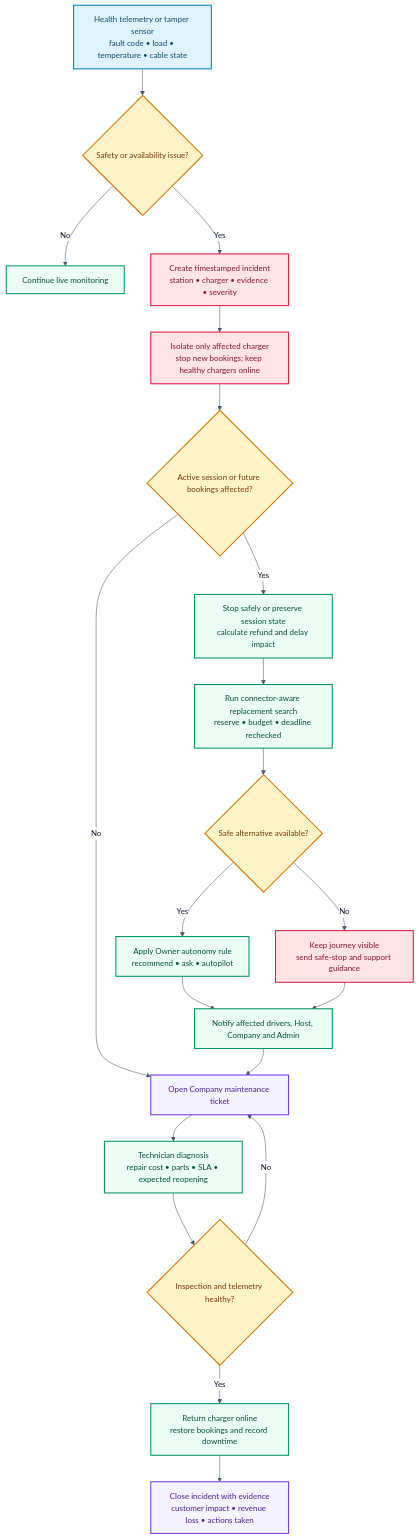
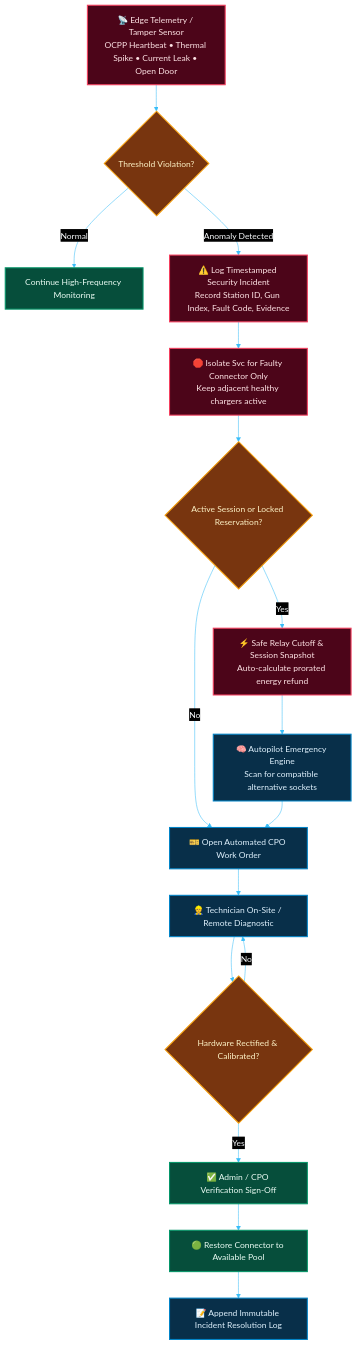
The seventh of 10 diagrams in README.md (cs1m2414238/vidyutEV-1.0), drawn with Mermaid before and after one commit. The commit also changed other lines of this file, not shown here.

````diff
--- a/README.md
+++ b/README.md
@@ -407,34 +579,46 @@
 ```mermaid
-%%{init: {"theme":"base","themeVariables":{"background":"#ffffff","fontFamily":"Inter, ui-sans-serif, system-ui, sans-serif","fontSize":"15px","primaryColor":"#ecfdf5","primaryTextColor":"#0f172a","primaryBorderColor":"#059669","lineColor":"#475569","secondaryColor":"#e0f2fe","tertiaryColor":"#f5f3ff","clusterBkg":"#f8fafc","clusterBorder":"#cbd5e1","edgeLabelBackground":"#ffffff"}}}%%
+%%{init: {
+  "theme": "base",
+  "themeVariables": {
+    "darkMode": true,
+    "background": "#0b0f19",
+    "primaryColor": "#111827",
+    "primaryTextColor": "#f8fafc",
+    "primaryBorderColor": "#0ea5e9",
+    "lineColor": "#38bdf8",
+    "fontFamily": "Inter, sans-serif"
+  }
+}}%%
 flowchart TD
-    SIGNAL["Health telemetry or tamper sensor<br/>fault code • load • temperature • cable state"] --> DETECT{"Safety or availability issue?"}
-    DETECT -->|No| MONITOR["Continue live monitoring"]
-    DETECT -->|Yes| INCIDENT["Create timestamped incident<br/>station • charger • evidence • severity"]
-    INCIDENT --> ISOLATE["Isolate only affected charger<br/>stop new bookings; keep healthy chargers online"]
-    ISOLATE --> ACTIVE{"Active session or future bookings affected?"}
-    ACTIVE -->|Yes| PROTECT["Stop safely or preserve session state<br/>calculate refund and delay impact"]
-    ACTIVE -->|No| TICKET["Open Company maintenance ticket"]
-    PROTECT --> REROUTE["Run connector-aware replacement search<br/>reserve • budget • deadline rechecked"]
-    REROUTE --> ALTERNATIVE{"Safe alternative available?"}
-    ALTERNATIVE -->|Yes| MODE["Apply Owner autonomy rule<br/>recommend • ask • autopilot"]
-    ALTERNATIVE -->|No| ASSIST["Keep journey visible<br/>send safe-stop and support guidance"]
-    MODE --> NOTIFY["Notify affected drivers, Host, Company and Admin"]
-    ASSIST --> NOTIFY
-    NOTIFY --> TICKET
-    TICKET --> REPAIR["Technician diagnosis<br/>repair cost • parts • SLA • expected reopening"]
-    REPAIR --> VERIFY{"Inspection and telemetry healthy?"}
-    VERIFY -->|No| TICKET
-    VERIFY -->|Yes| RESTORE["Return charger online<br/>restore bookings and record downtime"]
-    RESTORE --> AUDIT["Close incident with evidence<br/>customer impact • revenue loss • actions taken"]
+    SENSOR["📡 Edge Telemetry / Tamper Sensor<br/>OCPP Heartbeat • Thermal Spike • Current Leak • Open Door"] --> EVAL{"Threshold Violation?"}
+    
+    EVAL -->|Normal| CONT["Continue High-Frequency Monitoring"]
+    EVAL -->|Anomaly Detected| INCIDENT["⚠️ Log Timestamped Security Incident<br/>Record Station ID, Gun Index, Fault Code, Evidence"]
+    
+    INCIDENT --> ISOLATE["🛑 Isolate Svc for Faulty Connector Only<br/>Keep adjacent healthy chargers active"]
+    
+    ISOLATE --> CHECK_ACTIVE{"Active Session or Locked Reservation?"}
+    CHECK_ACTIVE -->|Yes| SAFE_SHUT["⚡ Safe Relay Cutoff & Session Snapshot<br/>Auto-calculate prorated energy refund"]
+    CHECK_ACTIVE -->|No| DISPATCH_TICKET["🎫 Open Automated CPO Work Order"]
+    
+    SAFE_SHUT --> DISPATCH_REROUTE["🧠 Autopilot Emergency Engine<br/>Scan for compatible alternative sockets"]
+    DISPATCH_REROUTE --> DISPATCH_TICKET
+    
+    DISPATCH_TICKET --> TECH_DISPATCH["👷 Technician On-Site / Remote Diagnostic"]
+    TECH_DISPATCH --> DIAG_CHECK{"Hardware Rectified & Calibrated?"}
+    
+    DIAG_CHECK -->|No| TECH_DISPATCH
+    DIAG_CHECK -->|Yes| RE_CERT["✅ Admin / CPO Verification Sign-Off"]
+    RE_CERT --> RESTORE["🟢 Restore Connector to Available Pool"]
+    RESTORE --> AUDIT["📝 Append Immutable Incident Resolution Log"]
 
-    classDef input fill:#e0f2fe,stroke:#0284c7,color:#0c4a6e,stroke-width:2px
-    classDef process fill:#ecfdf5,stroke:#059669,color:#064e3b,stroke-width:2px
-    classDef decision fill:#fef3c7,stroke:#d97706,color:#78350f,stroke-width:2px
-    classDef danger fill:#ffe4e6,stroke:#e11d48,color:#881337,stroke-width:2px
-    classDef governance fill:#f5f3ff,stroke:#7c3aed,color:#4c1d95,stroke-width:2px
-    class SIGNAL input
-    class MONITOR,PROTECT,REROUTE,MODE,NOTIFY,REPAIR,RESTORE process
-    class DETECT,ACTIVE,ALTERNATIVE,VERIFY decision
-    class INCIDENT,ISOLATE,ASSIST danger
-    class TICKET,AUDIT governance
+    classDef healthy fill:#064e3b,stroke:#059669,color:#ecfdf5,stroke-width:2px;
+    classDef warning fill:#78350f,stroke:#f59e0b,color:#fef3c7,stroke-width:2px;
+    classDef danger fill:#4c0519,stroke:#f43f5e,color:#ffe4e6,stroke-width:2px;
+    classDef ops fill:#082f49,stroke:#0284c7,color:#e0f2fe,stroke-width:2px;
+
+    class CONT,RE_CERT,RESTORE healthy;
+    class EVAL,CHECK_ACTIVE,DIAG_CHECK warning;
+    class SENSOR,INCIDENT,ISOLATE,SAFE_SHUT danger;
+    class DISPATCH_TICKET,DISPATCH_REROUTE,TECH_DISPATCH,AUDIT ops;
 ```
````
